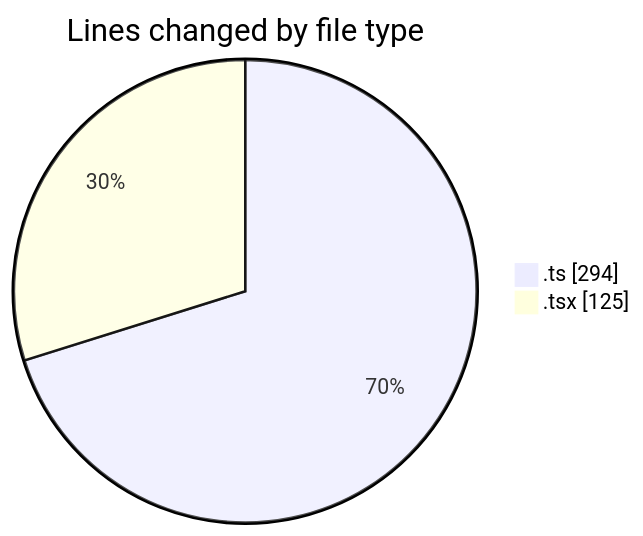
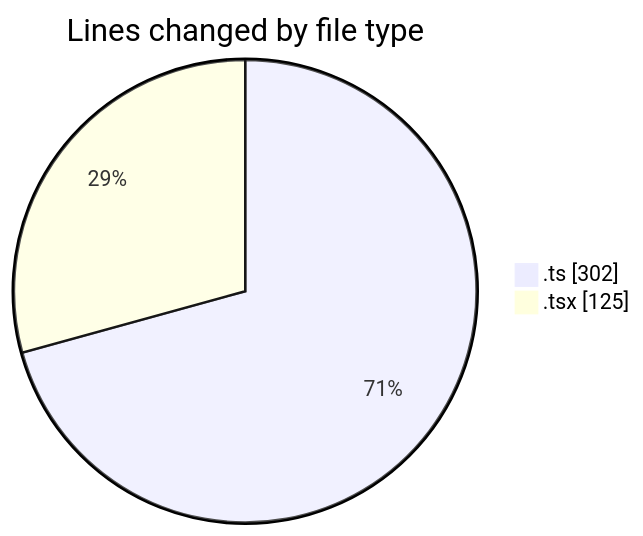
Before and after one commit to momahboobian/code-tracking: the first of 2 diagrams in 2026-09-09/cda/README.md, drawn with Mermaid. The commit also changed other lines of this file and 1 other file, not shown here.

````diff
--- a/2026-09-09/cda/README.md
+++ b/2026-09-09/cda/README.md
@@ -24,6 +24,6 @@
 ```mermaid
 pie showData
 title Lines changed by file type
-".ts" : 294
+".ts" : 302
 ".tsx" : 125
 ```
````
